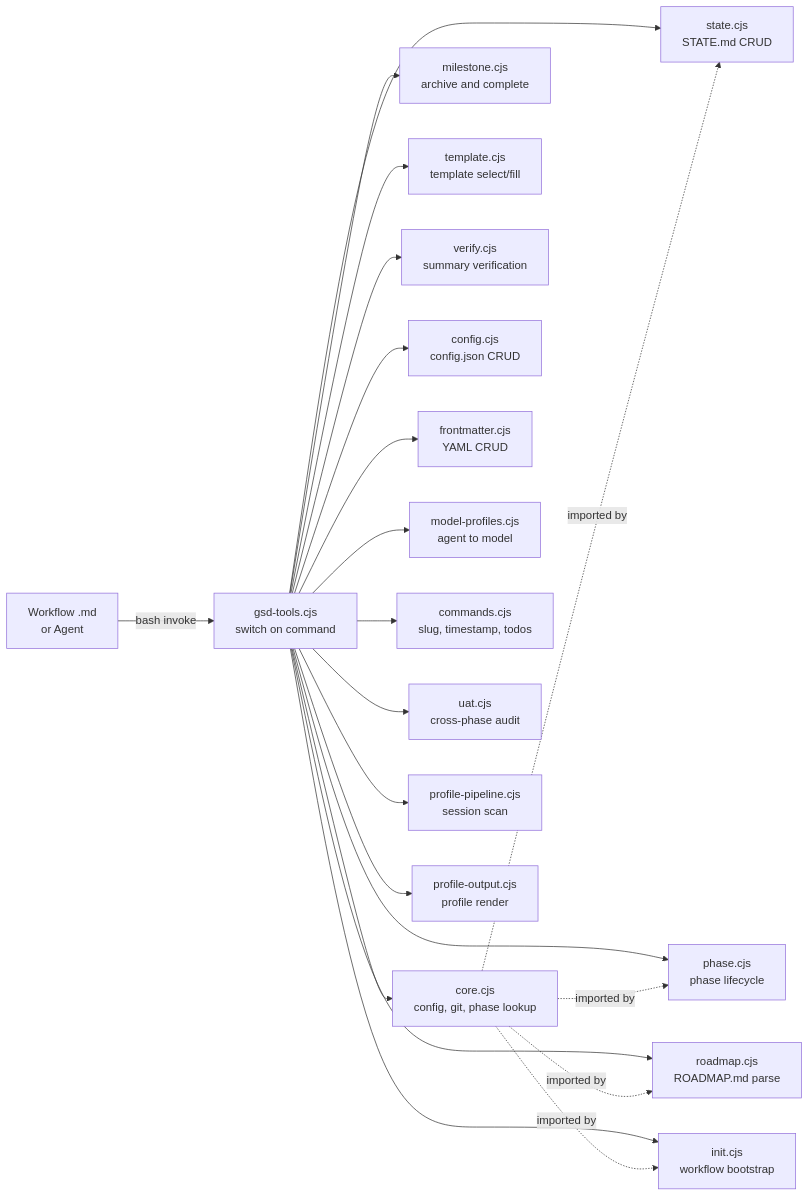
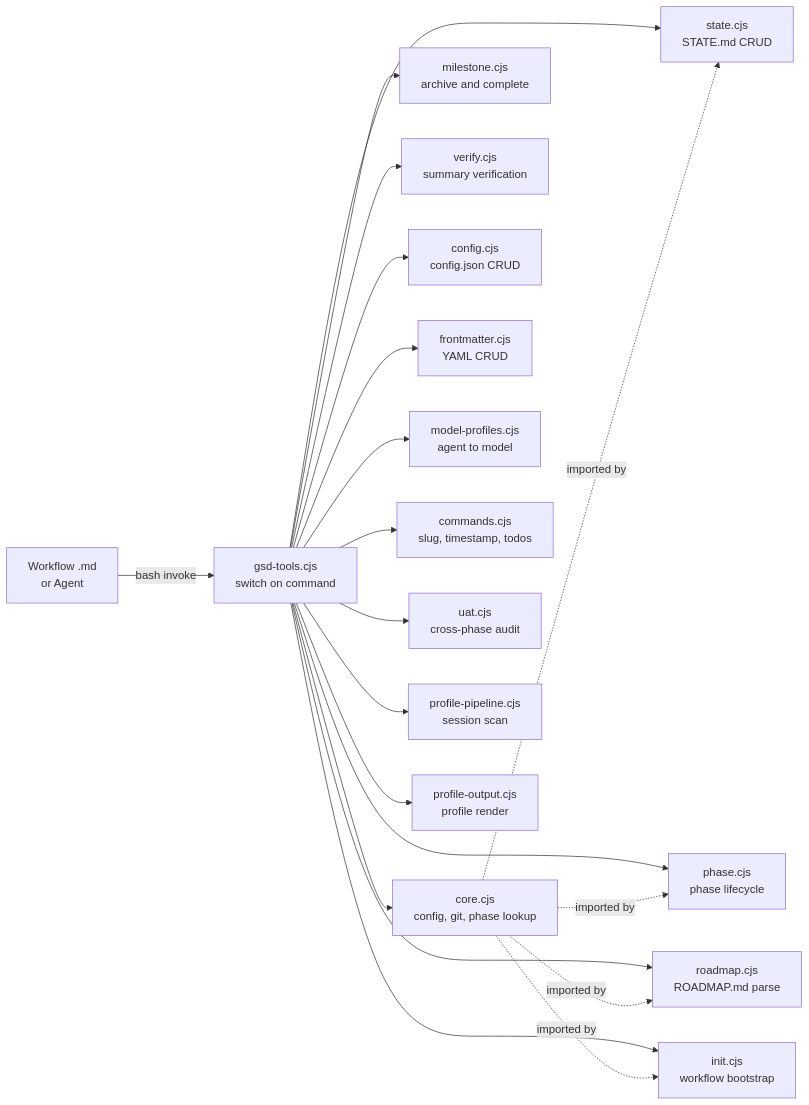
The diagram in docs/system/tool-cli.md (itsoneword/get-shit-done), drawn with Mermaid before and after one commit. The commit also changed other lines of this file and 11 other files, not shown here.

First line of the commit message:
refactor(token-cut): remove dead template.cjs + orphaned phase-prompt.md

````diff
--- a/docs/system/tool-cli.md
+++ b/docs/system/tool-cli.md
@@ -8,23 +8,22 @@
 ```mermaid
 flowchart LR
     Workflow[Workflow .md<br/>or Agent] -->|bash invoke| Router[gsd-tools.cjs<br/>switch on command]
     Router --> Core[core.cjs<br/>config, git, phase lookup]
     Router --> State[state.cjs<br/>STATE.md CRUD]
     Router --> Phase[phase.cjs<br/>phase lifecycle]
     Router --> Roadmap[roadmap.cjs<br/>ROADMAP.md parse]
     Router --> Milestone[milestone.cjs<br/>archive and complete]
     Router --> Init[init.cjs<br/>workflow bootstrap]
-    Router --> Template[template.cjs<br/>template select/fill]
     Router --> Verify[verify.cjs<br/>summary verification]
     Router --> Config[config.cjs<br/>config.json CRUD]
     Router --> Frontmatter[frontmatter.cjs<br/>YAML CRUD]
     Router --> ModelProfiles[model-profiles.cjs<br/>agent to model]
     Router --> Commands[commands.cjs<br/>slug, timestamp, todos]
     Router --> Uat[uat.cjs<br/>cross-phase audit]
     Router --> ProfilePipe[profile-pipeline.cjs<br/>session scan]
     Router --> ProfileOut[profile-output.cjs<br/>profile render]
     Core -.->|imported by| State
     Core -.->|imported by| Phase
     Core -.->|imported by| Roadmap
     Core -.->|imported by| Init
 ```
````
